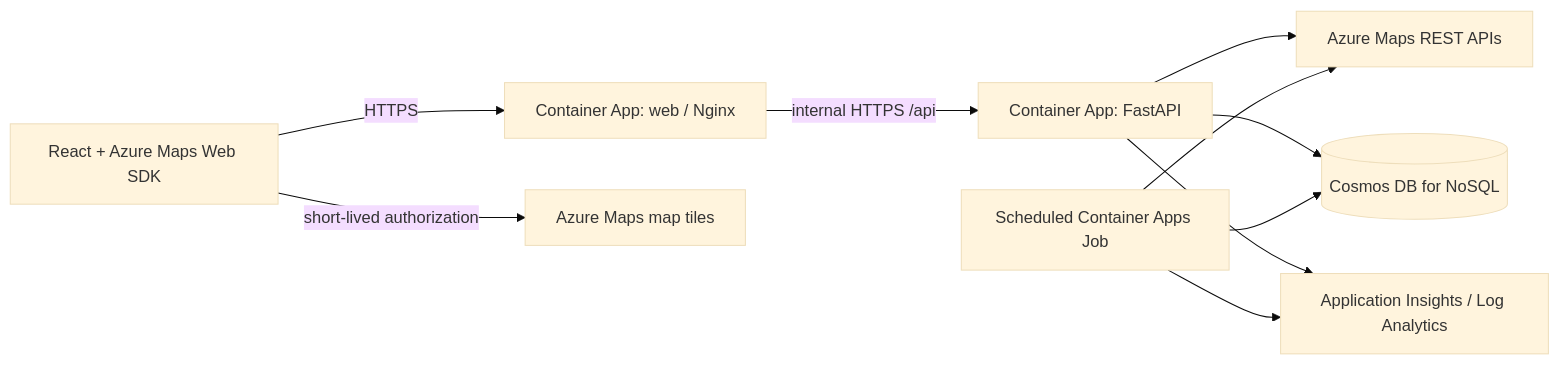
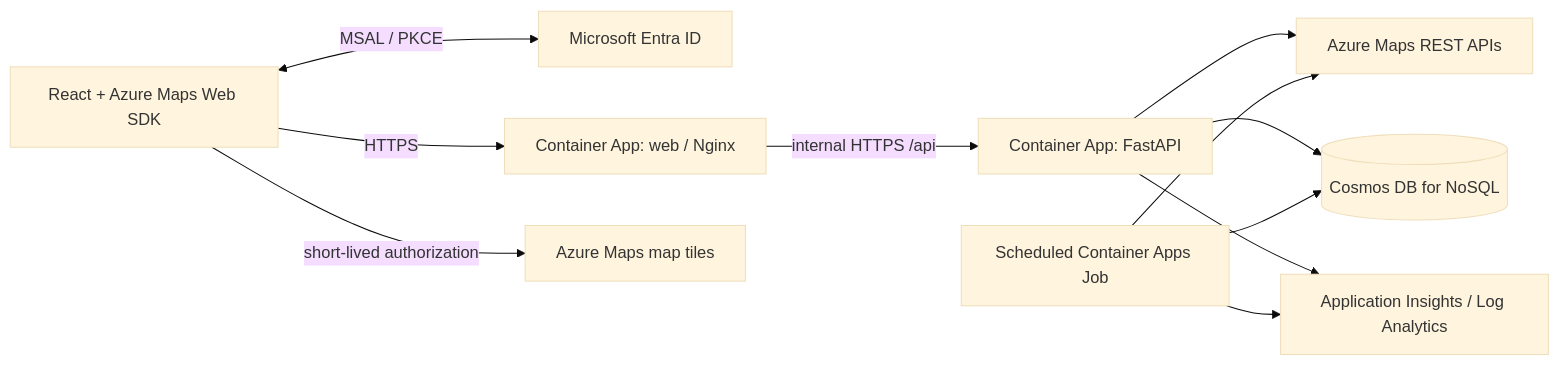
The diagram in ARCHITECTURE.md (jordanbean-msft/azure-maps-supply-chain-routing), drawn with Mermaid (base theme) before and after one commit. The commit also changed other lines of this file and 14 other files, not shown here.

````diff
--- a/ARCHITECTURE.md
+++ b/ARCHITECTURE.md
@@ -8,12 +8,13 @@
 ```mermaid
 flowchart LR
+    Browser <-->|MSAL / PKCE| Entra["Microsoft Entra ID"]
     Browser["React + Azure Maps Web SDK"] -->|HTTPS| Web["Container App: web / Nginx"]
     Web -->|internal HTTPS /api| API["Container App: FastAPI"]
     Browser -->|short-lived authorization| Tiles["Azure Maps map tiles"]
     API --> Maps["Azure Maps REST APIs"]
     API --> DB[("Cosmos DB for NoSQL")]
     Job["Scheduled Container Apps Job"] --> Maps
     Job --> DB
     API --> Monitor["Application Insights / Log Analytics"]
     Job --> Monitor
 ```
````
